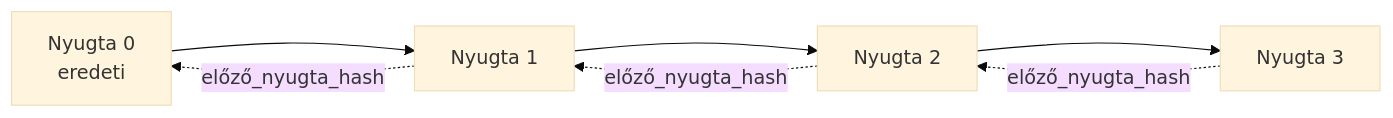
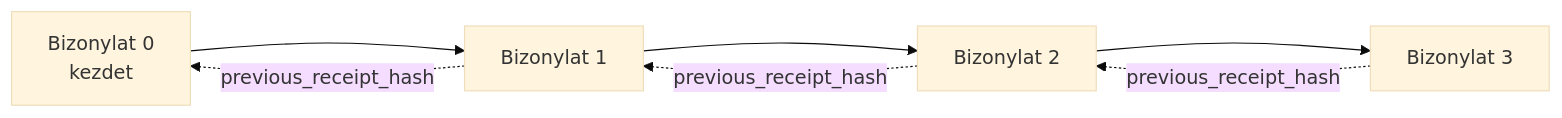
The second of 2 diagrams in mirrors/repos/microsoft@ai-agents-for-beginners/translations/hu/18-securing-ai-agents/README.md (gabrielmoreira/agent-skills-mirror), drawn with Mermaid (base theme) before and after one commit. The commit also changed other lines of this file and 8886 other files, not shown here.

````diff
--- a/mirrors/repos/microsoft@ai-agents-for-beginners/translations/hu/18-securing-ai-agents/README.md
+++ b/mirrors/repos/microsoft@ai-agents-for-beginners/translations/hu/18-securing-ai-agents/README.md
@@ -206,9 +206,9 @@
 ```mermaid
 flowchart LR
-    R0[Nyugta 0<br/>eredeti] --> R1[Nyugta 1]
-    R1 --> R2[Nyugta 2]
-    R2 --> R3[Nyugta 3]
-    R1 -. előző_nyugta_hash .-> R0
-    R2 -. előző_nyugta_hash .-> R1
-    R3 -. előző_nyugta_hash .-> R2
+    R0[Bizonylat 0<br/>kezdet] --> R1[Bizonylat 1]
+    R1 --> R2[Bizonylat 2]
+    R2 --> R3[Bizonylat 3]
+    R1 -. previous_receipt_hash .-> R0
+    R2 -. previous_receipt_hash .-> R1
+    R3 -. previous_receipt_hash .-> R2
 ```
````
